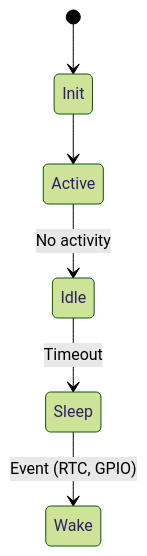
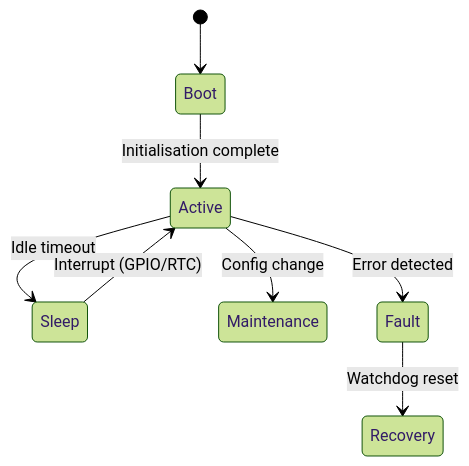
The second of 2 diagrams in site/docs/blog/posts/2025-05-15-sds-docs-as-code.md (markbac/markbac.github.io), drawn with Mermaid (forest theme) before and after one commit. The commit also changed other lines of this file and 509 other files, not shown here.

````diff
--- a/site/docs/blog/posts/2025-05-15-sds-docs-as-code.md
+++ b/site/docs/blog/posts/2025-05-15-sds-docs-as-code.md
@@ -128,8 +285,10 @@
 ```mermaid
 stateDiagram-v2
-    [*] --> Init
-    Init --> Active
-    Active --> Idle : No activity
-    Idle --> Sleep : Timeout
-    Sleep --> Wake : Event (RTC, GPIO)
+    [*] --> Boot
+    Boot --> Active : Initialisation complete
+    Active --> Sleep : Idle timeout
+    Sleep --> Active : Interrupt (GPIO/RTC)
+    Active --> Maintenance : Config change
+    Active --> Fault : Error detected
+    Fault --> Recovery : Watchdog reset
 ```
````
